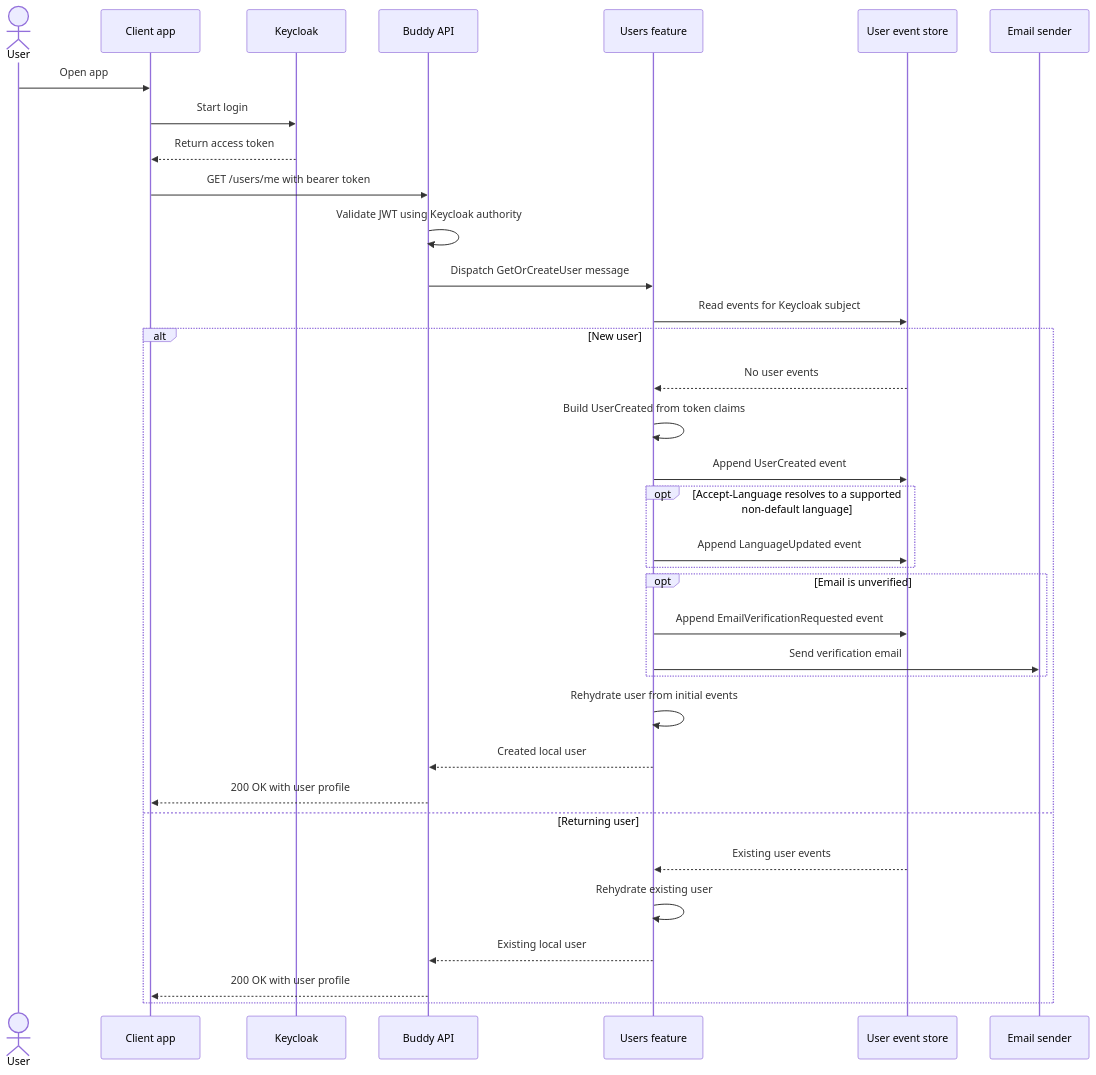
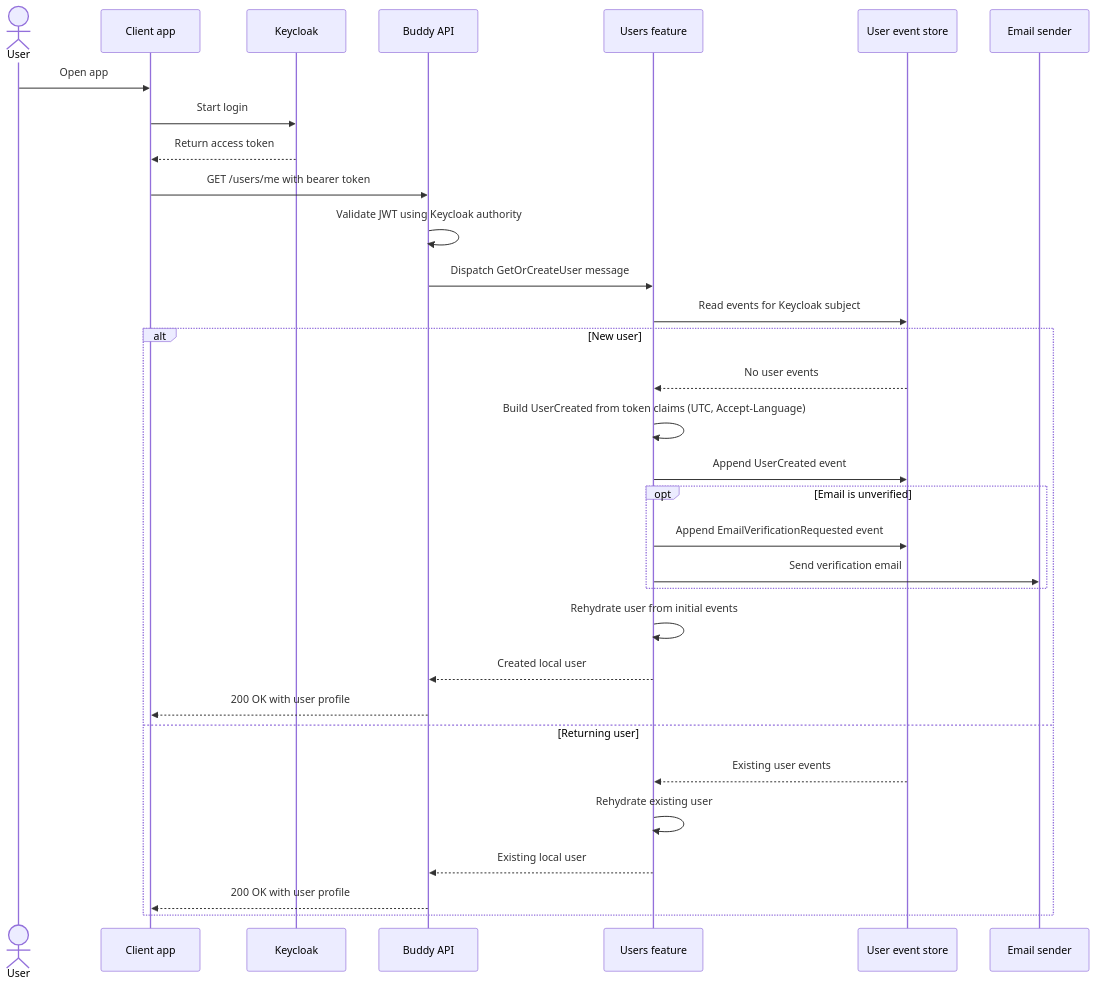
The diagram in docs/backend/users/flow.md (kimipsen/buddy), drawn with Mermaid before and after one commit. The commit also changed other lines of this file and 31 other files, not shown here.

First line of the commit message:
refactor(users): carry starting time zone and language, model email verification

````diff
--- a/docs/backend/users/flow.md
+++ b/docs/backend/users/flow.md
@@ -5,39 +5,36 @@
 ```mermaid
 sequenceDiagram
     actor User
     participant App as Client app
     participant Keycloak
     participant API as Buddy API
     participant Users as Users feature
     participant Store as User event store
     participant Email as Email sender
 
     User->>App: Open app
     App->>Keycloak: Start login
     Keycloak-->>App: Return access token
     App->>API: GET /users/me with bearer token
     API->>API: Validate JWT using Keycloak authority
     API->>Users: Dispatch GetOrCreateUser message
     Users->>Store: Read events for Keycloak subject
 
     alt New user
         Store-->>Users: No user events
-        Users->>Users: Build UserCreated from token claims
+        Users->>Users: Build UserCreated from token claims (UTC, Accept-Language)
         Users->>Store: Append UserCreated event
-        opt Accept-Language resolves to a supported non-default language
-            Users->>Store: Append LanguageUpdated event
-        end
         opt Email is unverified
             Users->>Store: Append EmailVerificationRequested event
             Users->>Email: Send verification email
         end
         Users->>Users: Rehydrate user from initial events
         Users-->>API: Created local user
         API-->>App: 200 OK with user profile
     else Returning user
         Store-->>Users: Existing user events
         Users->>Users: Rehydrate existing user
         Users-->>API: Existing local user
         API-->>App: 200 OK with user profile
     end
 ```
````
